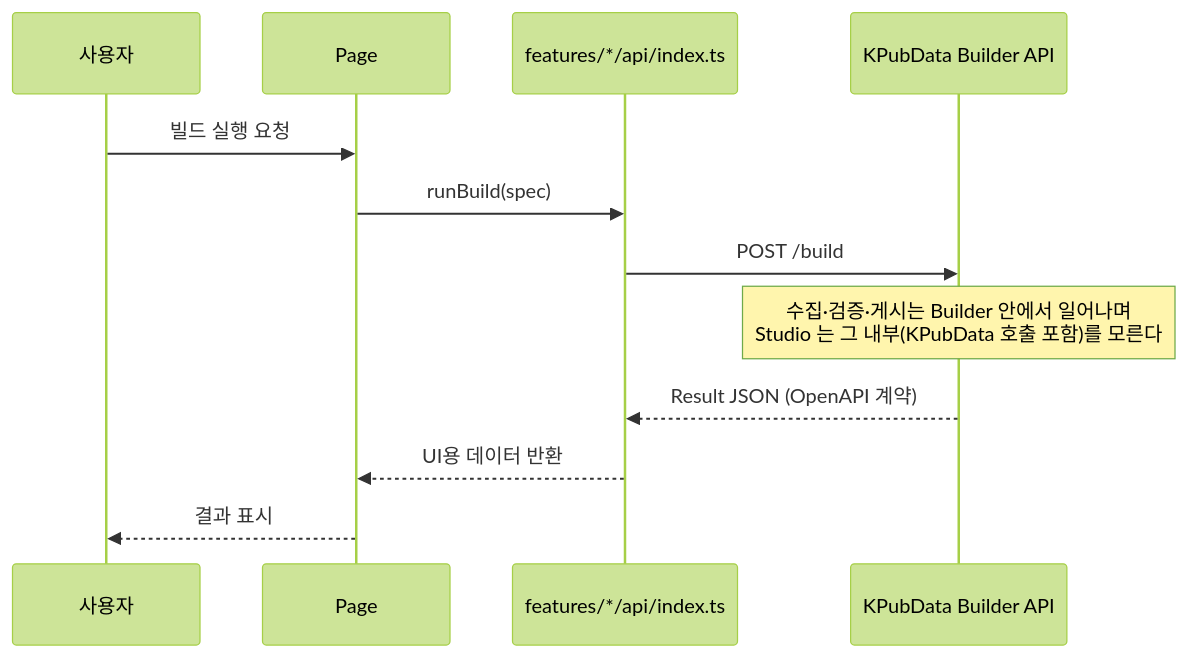
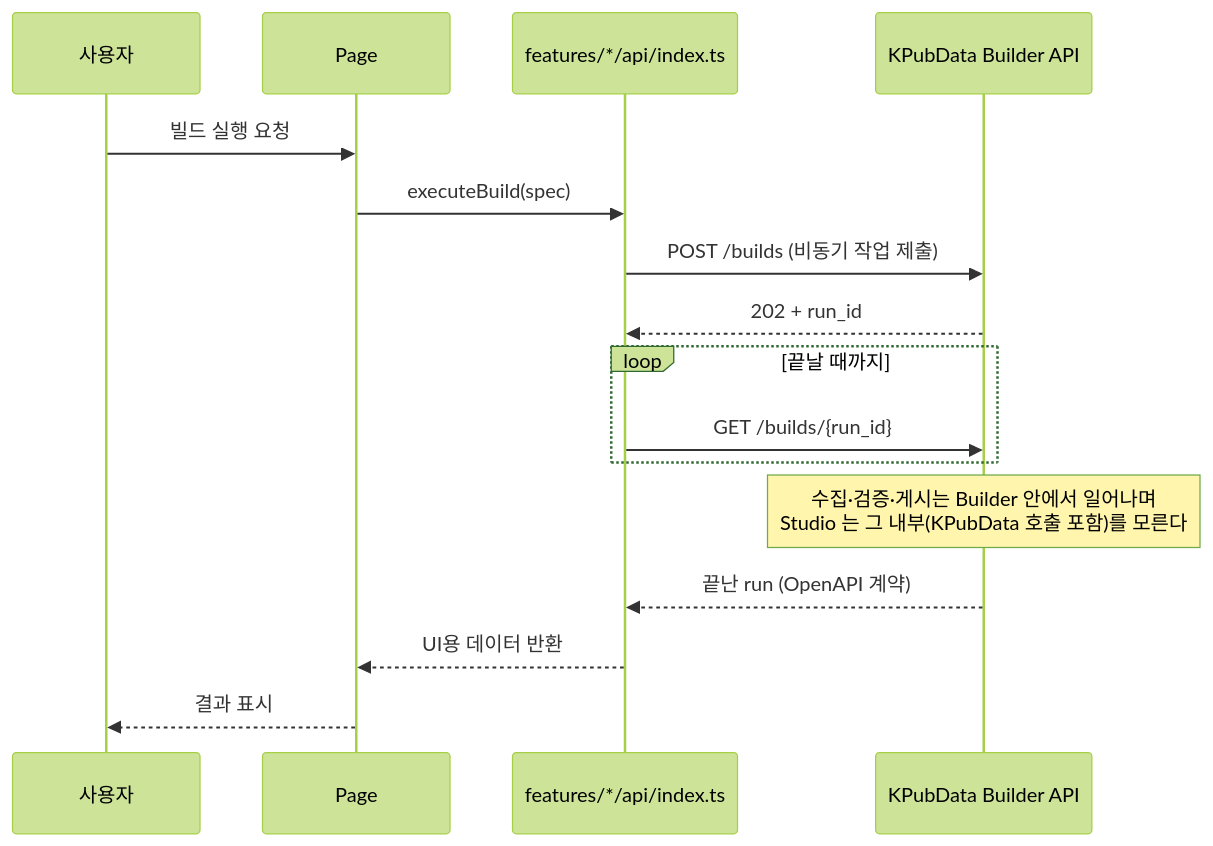
The fourth of 5 diagrams in ARCHITECTURE.md (kpubdata-lab/kpubdata-studio), drawn with Mermaid (forest theme) before and after one commit. The commit also changed other lines of this file and 9 other files, not shown here.

````diff
--- a/ARCHITECTURE.md
+++ b/ARCHITECTURE.md
@@ -124,15 +123,19 @@
 ```mermaid
 sequenceDiagram
     participant User as 사용자
     participant Page as Page
     participant FeatureAPI as features/*/api/index.ts
     participant BAPI as KPubData Builder API
 
     User->>Page: 빌드 실행 요청
-    Page->>FeatureAPI: runBuild(spec)
-    FeatureAPI->>BAPI: POST /build
+    Page->>FeatureAPI: executeBuild(spec)
+    FeatureAPI->>BAPI: POST /builds (비동기 작업 제출)
+    BAPI-->>FeatureAPI: 202 + run_id
+    loop 끝날 때까지
+        FeatureAPI->>BAPI: GET /builds/{run_id}
+    end
     Note over BAPI: 수집·검증·게시는 Builder 안에서 일어나며<br/>Studio 는 그 내부(KPubData 호출 포함)를 모른다
-    BAPI-->>FeatureAPI: Result JSON (OpenAPI 계약)
+    BAPI-->>FeatureAPI: 끝난 run (OpenAPI 계약)
     FeatureAPI-->>Page: UI용 데이터 반환
     Page-->>User: 결과 표시
 ```
````
